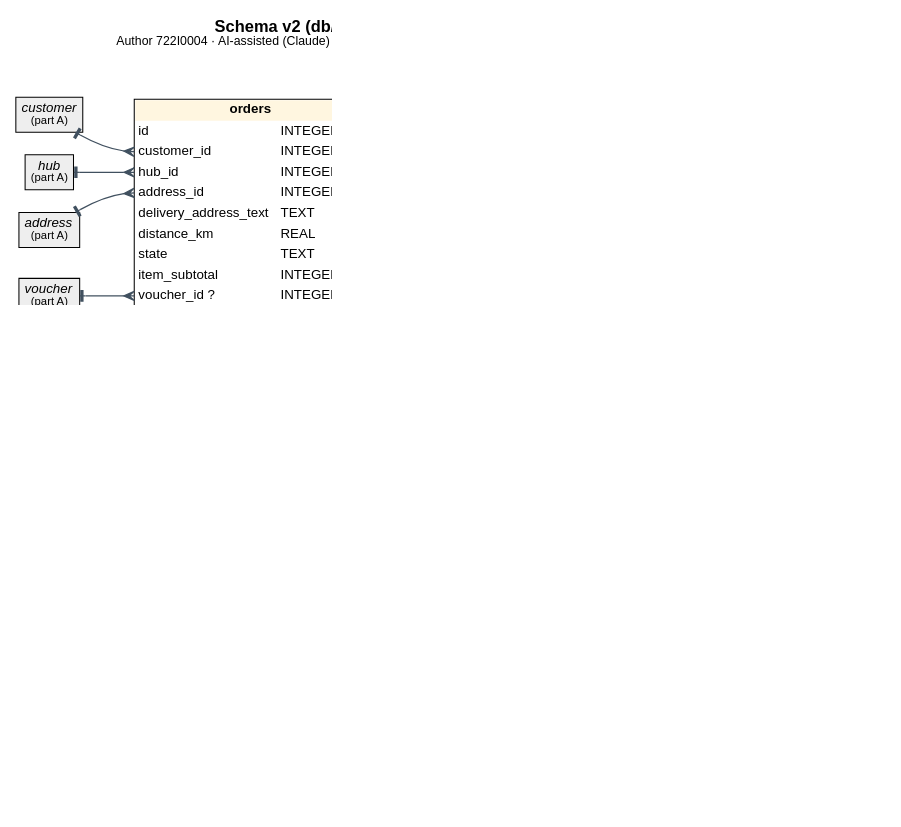
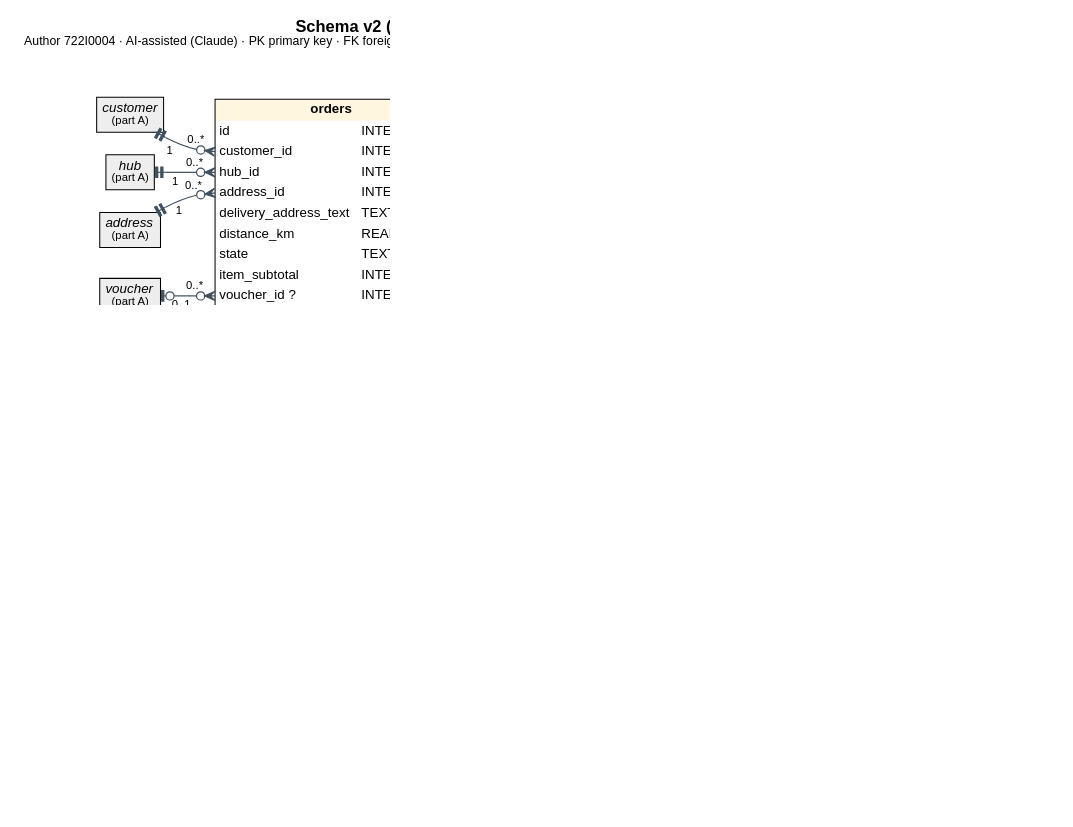
The diagram in models/shared/erd_final_PartB.dot (Dat071104/SaigonBite), drawn with Graphviz before and after one commit. The commit also changed 329 other files, not shown here.

```diff
--- a/models/shared/erd_final_PartB.dot
+++ b/models/shared/erd_final_PartB.dot
@@ -1,29 +1,29 @@
 digraph ERD {
 graph [rankdir=LR, nodesep=0.3, ranksep=0.7, fontname="Arial", fontsize=16, pad=0.2, dpi=200, labelloc="t",
- label=<<B>Schema v2 (db/schema.sql) — part B: Orders and their records</B><BR/><FONT POINT-SIZE="12">Author 722I0004 · AI-assisted (Claude) · PK primary key · FK foreign key · U unique · ? nullable · bar = one, crow's foot = many</FONT>>];
+ label=<<B>Schema v2 (db/schema.sql) — part B: Orders and their records</B><BR/><FONT POINT-SIZE="12">Author 722I0004 · AI-assisted (Claude) · PK primary key · FK foreign key · U unique · ? nullable · relationship ends: || exactly one · |o zero or one · o&lt; zero or many (also written as 1, 0..1, 0..*)</FONT>>];
 node [shape=plain, fontname="Arial", fontsize=13];
 edge [color="#40505F", penwidth=1.2];
 "orders" [label=<<TABLE BORDER="1" CELLBORDER="0" CELLSPACING="0" CELLPADDING="3" BGCOLOR="white"><TR><TD BGCOLOR="#FFF6E0" COLSPAN="2"><B>orders</B></TD></TR><TR><TD ALIGN="LEFT" PORT="id">id</TD><TD ALIGN="LEFT">INTEGER PK</TD></TR><TR><TD ALIGN="LEFT" PORT="customer_id">customer_id</TD><TD ALIGN="LEFT">INTEGER FK</TD></TR><TR><TD ALIGN="LEFT" PORT="hub_id">hub_id</TD><TD ALIGN="LEFT">INTEGER FK</TD></TR><TR><TD ALIGN="LEFT" PORT="address_id">address_id</TD><TD ALIGN="LEFT">INTEGER FK</TD></TR><TR><TD ALIGN="LEFT" PORT="delivery_address_text">delivery_address_text</TD><TD ALIGN="LEFT">TEXT </TD></TR><TR><TD ALIGN="LEFT" PORT="distance_km">distance_km</TD><TD ALIGN="LEFT">REAL </TD></TR><TR><TD ALIGN="LEFT" PORT="state">state</TD><TD ALIGN="LEFT">TEXT </TD></TR><TR><TD ALIGN="LEFT" PORT="item_subtotal">item_subtotal</TD><TD ALIGN="LEFT">INTEGER </TD></TR><TR><TD ALIGN="LEFT" PORT="voucher_id">voucher_id ?</TD><TD ALIGN="LEFT">INTEGER FK</TD></TR><TR><TD ALIGN="LEFT" PORT="voucher_discount">voucher_discount</TD><TD ALIGN="LEFT">INTEGER </TD></TR><TR><TD ALIGN="LEFT" PORT="delivery_fee">delivery_fee</TD><TD ALIGN="LEFT">INTEGER </TD></TR><TR><TD ALIGN="LEFT" PORT="quiet_discount">quiet_discount</TD><TD ALIGN="LEFT">INTEGER </TD></TR><TR><TD ALIGN="LEFT" PORT="total_amount">total_amount</TD><TD ALIGN="LEFT">INTEGER </TD></TR><TR><TD ALIGN="LEFT" PORT="idempotency_token">idempotency_token</TD><TD ALIGN="LEFT">TEXT U</TD></TR><TR><TD ALIGN="LEFT" PORT="reject_reason">reject_reason ?</TD><TD ALIGN="LEFT">TEXT </TD></TR><TR><TD ALIGN="LEFT" PORT="placed_at">placed_at</TD><TD ALIGN="LEFT">TEXT </TD></TR><TR><TD ALIGN="LEFT" PORT="confirmed_at">confirmed_at ?</TD><TD ALIGN="LEFT">TEXT </TD></TR><TR><TD ALIGN="LEFT" PORT="ready_at">ready_at ?</TD><TD ALIGN="LEFT">TEXT </TD></TR><TR><TD ALIGN="LEFT" PORT="closed_at">closed_at ?</TD><TD ALIGN="LEFT">TEXT </TD></TR><TR><TD ALIGN="LEFT" PORT="archived_at">archived_at ?</TD><TD ALIGN="LEFT">TEXT </TD></TR></TABLE>>];
 "order_line" [label=<<TABLE BORDER="1" CELLBORDER="0" CELLSPACING="0" CELLPADDING="3" BGCOLOR="white"><TR><TD BGCOLOR="#FFF6E0" COLSPAN="2"><B>order_line</B></TD></TR><TR><TD ALIGN="LEFT" PORT="id">id</TD><TD ALIGN="LEFT">INTEGER PK</TD></TR><TR><TD ALIGN="LEFT" PORT="order_id">order_id</TD><TD ALIGN="LEFT">INTEGER FK</TD></TR><TR><TD ALIGN="LEFT" PORT="menu_item_id">menu_item_id</TD><TD ALIGN="LEFT">INTEGER FK</TD></TR><TR><TD ALIGN="LEFT" PORT="item_name">item_name</TD><TD ALIGN="LEFT">TEXT </TD></TR><TR><TD ALIGN="LEFT" PORT="unit_price">unit_price</TD><TD ALIGN="LEFT">INTEGER </TD></TR><TR><TD ALIGN="LEFT" PORT="quantity">quantity</TD><TD ALIGN="LEFT">INTEGER </TD></TR></TABLE>>];
 "payment" [label=<<TABLE BORDER="1" CELLBORDER="0" CELLSPACING="0" CELLPADDING="3" BGCOLOR="white"><TR><TD BGCOLOR="#FFF6E0" COLSPAN="2"><B>payment</B></TD></TR><TR><TD ALIGN="LEFT" PORT="id">id</TD><TD ALIGN="LEFT">INTEGER PK</TD></TR><TR><TD ALIGN="LEFT" PORT="order_id">order_id</TD><TD ALIGN="LEFT">INTEGER FK U</TD></TR><TR><TD ALIGN="LEFT" PORT="method">method</TD><TD ALIGN="LEFT">TEXT </TD></TR><TR><TD ALIGN="LEFT" PORT="online_option">online_option ?</TD><TD ALIGN="LEFT">TEXT </TD></TR><TR><TD ALIGN="LEFT" PORT="provider_ref">provider_ref ?</TD><TD ALIGN="LEFT">TEXT </TD></TR><TR><TD ALIGN="LEFT" PORT="state">state</TD><TD ALIGN="LEFT">TEXT </TD></TR><TR><TD ALIGN="LEFT" PORT="amount">amount</TD><TD ALIGN="LEFT">INTEGER </TD></TR><TR><TD ALIGN="LEFT" PORT="refund_amount">refund_amount</TD><TD ALIGN="LEFT">INTEGER </TD></TR><TR><TD ALIGN="LEFT" PORT="created_at">created_at</TD><TD ALIGN="LEFT">TEXT </TD></TR><TR><TD ALIGN="LEFT" PORT="updated_at">updated_at</TD><TD ALIGN="LEFT">TEXT </TD></TR></TABLE>>];
 "delivery" [label=<<TABLE BORDER="1" CELLBORDER="0" CELLSPACING="0" CELLPADDING="3" BGCOLOR="white"><TR><TD BGCOLOR="#FFF6E0" COLSPAN="2"><B>delivery</B></TD></TR><TR><TD ALIGN="LEFT" PORT="id">id</TD><TD ALIGN="LEFT">INTEGER PK</TD></TR><TR><TD ALIGN="LEFT" PORT="order_id">order_id</TD><TD ALIGN="LEFT">INTEGER FK U</TD></TR><TR><TD ALIGN="LEFT" PORT="shipper_id">shipper_id ?</TD><TD ALIGN="LEFT">INTEGER FK</TD></TR><TR><TD ALIGN="LEFT" PORT="state">state</TD><TD ALIGN="LEFT">TEXT </TD></TR><TR><TD ALIGN="LEFT" PORT="ready_at">ready_at</TD><TD ALIGN="LEFT">TEXT </TD></TR><TR><TD ALIGN="LEFT" PORT="picked_up_at">picked_up_at ?</TD><TD ALIGN="LEFT">TEXT </TD></TR><TR><TD ALIGN="LEFT" PORT="finished_at">finished_at ?</TD><TD ALIGN="LEFT">TEXT </TD></TR><TR><TD ALIGN="LEFT" PORT="failure_reason">failure_reason ?</TD><TD ALIGN="LEFT">TEXT </TD></TR><TR><TD ALIGN="LEFT" PORT="cash_collected">cash_collected ?</TD><TD ALIGN="LEFT">INTEGER </TD></TR></TABLE>>];
 "replacement_offer" [label=<<TABLE BORDER="1" CELLBORDER="0" CELLSPACING="0" CELLPADDING="3" BGCOLOR="white"><TR><TD BGCOLOR="#FFF6E0" COLSPAN="2"><B>replacement_offer</B></TD></TR><TR><TD ALIGN="LEFT" PORT="id">id</TD><TD ALIGN="LEFT">INTEGER PK</TD></TR><TR><TD ALIGN="LEFT" PORT="order_id">order_id</TD><TD ALIGN="LEFT">INTEGER FK</TD></TR><TR><TD ALIGN="LEFT" PORT="order_line_id">order_line_id</TD><TD ALIGN="LEFT">INTEGER FK</TD></TR><TR><TD ALIGN="LEFT" PORT="original_item_name">original_item_name</TD><TD ALIGN="LEFT">TEXT </TD></TR><TR><TD ALIGN="LEFT" PORT="original_unit_price">original_unit_price</TD><TD ALIGN="LEFT">INTEGER </TD></TR><TR><TD ALIGN="LEFT" PORT="new_menu_item_id">new_menu_item_id</TD><TD ALIGN="LEFT">INTEGER FK</TD></TR><TR><TD ALIGN="LEFT" PORT="new_item_name">new_item_name</TD><TD ALIGN="LEFT">TEXT </TD></TR><TR><TD ALIGN="LEFT" PORT="new_unit_price">new_unit_price</TD><TD ALIGN="LEFT">INTEGER </TD></TR><TR><TD ALIGN="LEFT" PORT="state">state</TD><TD ALIGN="LEFT">TEXT </TD></TR><TR><TD ALIGN="LEFT" PORT="offered_at">offered_at</TD><TD ALIGN="LEFT">TEXT </TD></TR><TR><TD ALIGN="LEFT" PORT="decided_at">decided_at ?</TD><TD ALIGN="LEFT">TEXT </TD></TR></TABLE>>];
 "voucher" [label=<<TABLE BORDER="1" CELLBORDER="0" BGCOLOR="#EEEEEE"><TR><TD><I>voucher</I><BR/><FONT POINT-SIZE="11">(part A)</FONT></TD></TR></TABLE>>];
-"voucher" -> "orders":"voucher_id" [arrowhead=crow, arrowtail=tee, dir=both];
+"voucher" -> "orders":"voucher_id" [arrowhead=crowodot, arrowtail=teeodot, dir=both, headlabel="0..*", taillabel="0..1", labelfontsize=11, labelfontname=Arial, labeldistance=2.2];
 "address" [label=<<TABLE BORDER="1" CELLBORDER="0" BGCOLOR="#EEEEEE"><TR><TD><I>address</I><BR/><FONT POINT-SIZE="11">(part A)</FONT></TD></TR></TABLE>>];
-"address" -> "orders":"address_id" [arrowhead=crow, arrowtail=tee, dir=both];
+"address" -> "orders":"address_id" [arrowhead=crowodot, arrowtail=teetee, dir=both, headlabel="0..*", taillabel="1", labelfontsize=11, labelfontname=Arial, labeldistance=2.2];
 "hub" [label=<<TABLE BORDER="1" CELLBORDER="0" BGCOLOR="#EEEEEE"><TR><TD><I>hub</I><BR/><FONT POINT-SIZE="11">(part A)</FONT></TD></TR></TABLE>>];
-"hub" -> "orders":"hub_id" [arrowhead=crow, arrowtail=tee, dir=both];
+"hub" -> "orders":"hub_id" [arrowhead=crowodot, arrowtail=teetee, dir=both, headlabel="0..*", taillabel="1", labelfontsize=11, labelfontname=Arial, labeldistance=2.2];
 "customer" [label=<<TABLE BORDER="1" CELLBORDER="0" BGCOLOR="#EEEEEE"><TR><TD><I>customer</I><BR/><FONT POINT-SIZE="11">(part A)</FONT></TD></TR></TABLE>>];
-"customer" -> "orders":"customer_id" [arrowhead=crow, arrowtail=tee, dir=both];
+"customer" -> "orders":"customer_id" [arrowhead=crowodot, arrowtail=teetee, dir=both, headlabel="0..*", taillabel="1", labelfontsize=11, labelfontname=Arial, labeldistance=2.2];
 "menu_item" [label=<<TABLE BORDER="1" CELLBORDER="0" BGCOLOR="#EEEEEE"><TR><TD><I>menu_item</I><BR/><FONT POINT-SIZE="11">(part A)</FONT></TD></TR></TABLE>>];
-"menu_item" -> "order_line":"menu_item_id" [arrowhead=crow, arrowtail=tee, dir=both];
-"orders" -> "order_line":"order_id" [arrowhead=crow, arrowtail=tee, dir=both];
-"orders" -> "payment":"order_id" [arrowhead=tee, arrowtail=tee, dir=both];
+"menu_item" -> "order_line":"menu_item_id" [arrowhead=crowodot, arrowtail=teetee, dir=both, headlabel="0..*", taillabel="1", labelfontsize=11, labelfontname=Arial, labeldistance=2.2];
+"orders" -> "order_line":"order_id" [arrowhead=crowodot, arrowtail=teetee, dir=both, headlabel="0..*", taillabel="1", labelfontsize=11, labelfontname=Arial, labeldistance=2.2];
+"orders" -> "payment":"order_id" [arrowhead=teeodot, arrowtail=teetee, dir=both, headlabel="0..1", taillabel="1", labelfontsize=11, labelfontname=Arial, labeldistance=2.2];
 "user_account" [label=<<TABLE BORDER="1" CELLBORDER="0" BGCOLOR="#EEEEEE"><TR><TD><I>user_account</I><BR/><FONT POINT-SIZE="11">(part A)</FONT></TD></TR></TABLE>>];
-"user_account" -> "delivery":"shipper_id" [arrowhead=crow, arrowtail=tee, dir=both];
-"orders" -> "delivery":"order_id" [arrowhead=tee, arrowtail=tee, dir=both];
-"menu_item" -> "replacement_offer":"new_menu_item_id" [arrowhead=crow, arrowtail=tee, dir=both];
-"order_line" -> "replacement_offer":"order_line_id" [arrowhead=crow, arrowtail=tee, dir=both];
-"orders" -> "replacement_offer":"order_id" [arrowhead=crow, arrowtail=tee, dir=both];
+"user_account" -> "delivery":"shipper_id" [arrowhead=crowodot, arrowtail=teeodot, dir=both, headlabel="0..*", taillabel="0..1", labelfontsize=11, labelfontname=Arial, labeldistance=2.2];
+"orders" -> "delivery":"order_id" [arrowhead=teeodot, arrowtail=teetee, dir=both, headlabel="0..1", taillabel="1", labelfontsize=11, labelfontname=Arial, labeldistance=2.2];
+"menu_item" -> "replacement_offer":"new_menu_item_id" [arrowhead=crowodot, arrowtail=teetee, dir=both, headlabel="0..*", taillabel="1", labelfontsize=11, labelfontname=Arial, labeldistance=2.2];
+"order_line" -> "replacement_offer":"order_line_id" [arrowhead=crowodot, arrowtail=teetee, dir=both, headlabel="0..*", taillabel="1", labelfontsize=11, labelfontname=Arial, labeldistance=2.2];
+"orders" -> "replacement_offer":"order_id" [arrowhead=crowodot, arrowtail=teetee, dir=both, headlabel="0..*", taillabel="1", labelfontsize=11, labelfontname=Arial, labeldistance=2.2];
 }
```
